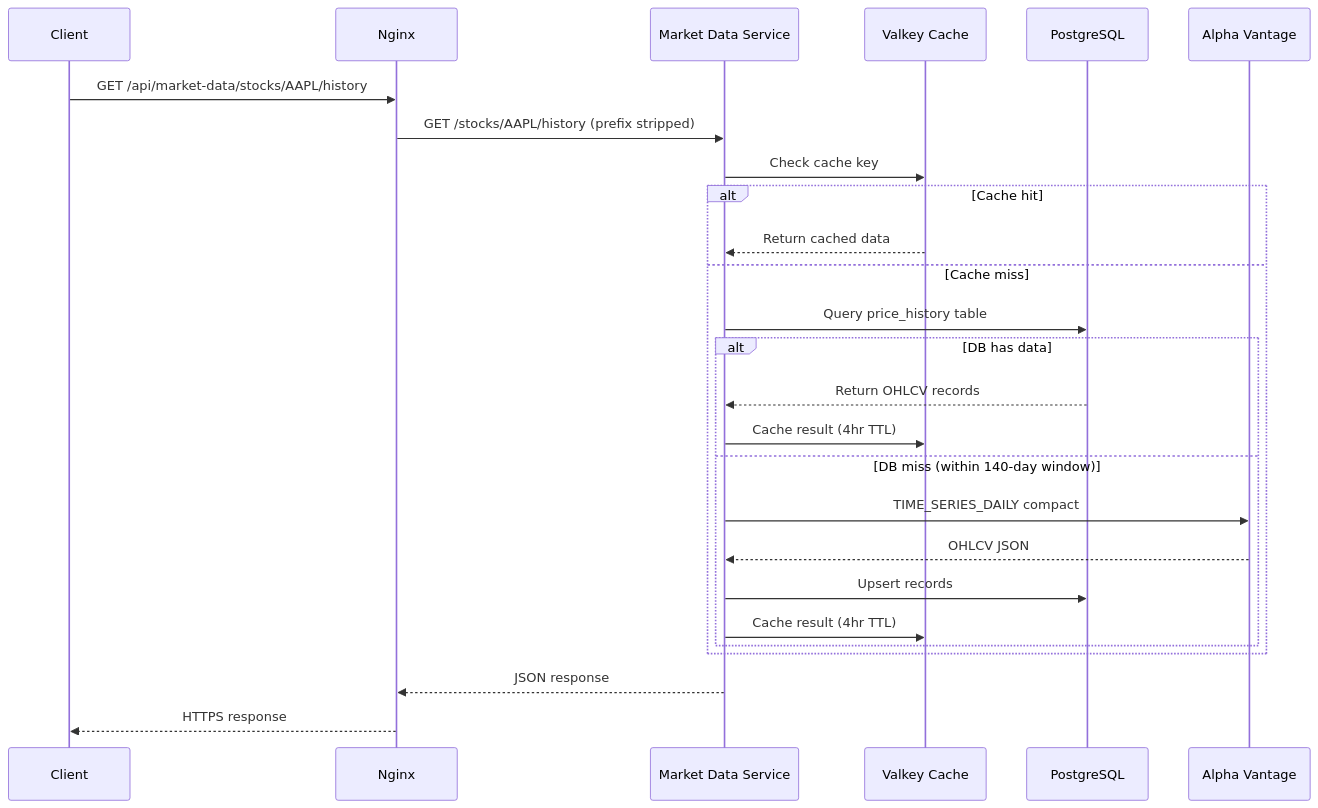
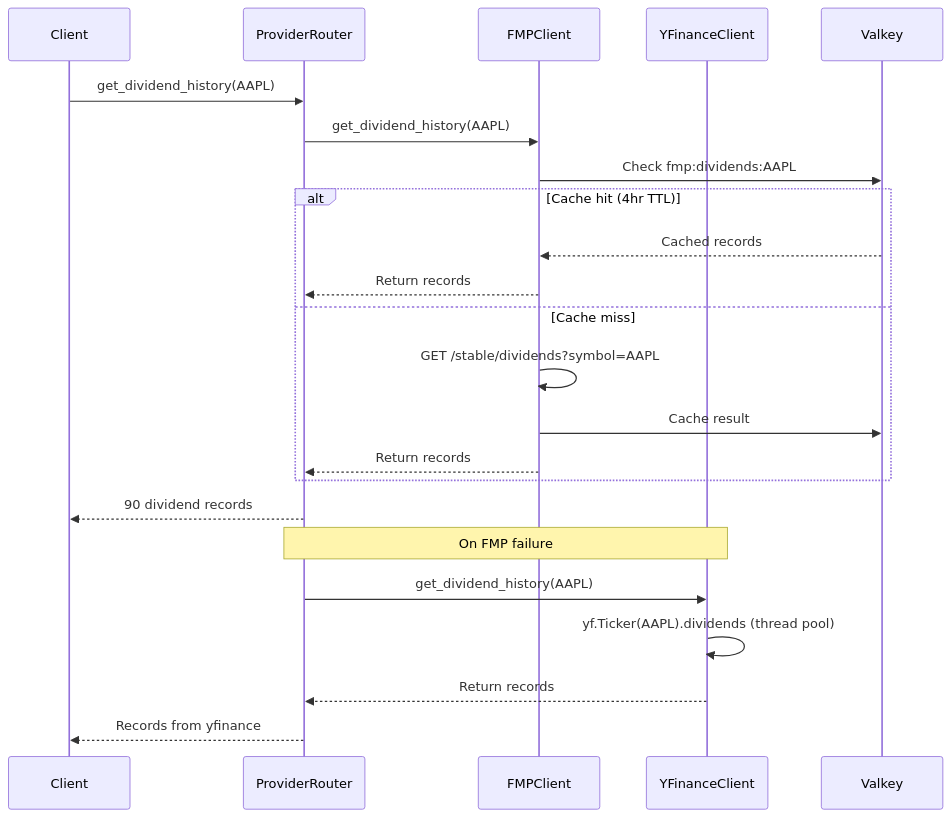
Before and after one commit to AlbertoDBP/Agentic: the third of 3 diagrams in income-platform/documentation/deployment/reference-architecture.md, drawn with Mermaid. The commit also changed other lines of this file and 4 other files, not shown here.

````diff
--- a/income-platform/documentation/deployment/reference-architecture.md
+++ b/income-platform/documentation/deployment/reference-architecture.md
@@ -57,29 +85,27 @@
 ```mermaid
 sequenceDiagram
     participant C as Client
-    participant N as Nginx
-    participant S as Market Data Service
-    participant V as Valkey Cache
-    participant D as PostgreSQL
-    participant A as Alpha Vantage
+    participant R as ProviderRouter
+    participant F as FMPClient
+    participant Y as YFinanceClient
+    participant V as Valkey
 
-    C->>N: GET /api/market-data/stocks/AAPL/history
-    N->>S: GET /stocks/AAPL/history (prefix stripped)
-    S->>V: Check cache key
-    alt Cache hit
-        V-->>S: Return cached data
+    C->>R: get_dividend_history(AAPL)
+    R->>F: get_dividend_history(AAPL)
+    F->>V: Check fmp:dividends:AAPL
+    alt Cache hit (4hr TTL)
+        V-->>F: Cached records
+        F-->>R: Return records
     else Cache miss
-        S->>D: Query price_history table
-        alt DB has data
-            D-->>S: Return OHLCV records
-            S->>V: Cache result (4hr TTL)
-        else DB miss (within 140-day window)
-            S->>A: TIME_SERIES_DAILY compact
-            A-->>S: OHLCV JSON
-            S->>D: Upsert records
-            S->>V: Cache result (4hr TTL)
-        end
+        F->>F: GET /stable/dividends?symbol=AAPL
+        F->>V: Cache result
+        F-->>R: Return records
     end
-    S-->>N: JSON response
-    N-->>C: HTTPS response
+    R-->>C: 90 dividend records
+
+    Note over R,Y: On FMP failure
+    R->>Y: get_dividend_history(AAPL)
+    Y->>Y: yf.Ticker(AAPL).dividends (thread pool)
+    Y-->>R: Return records
+    R-->>C: Records from yfinance
 ```
````
